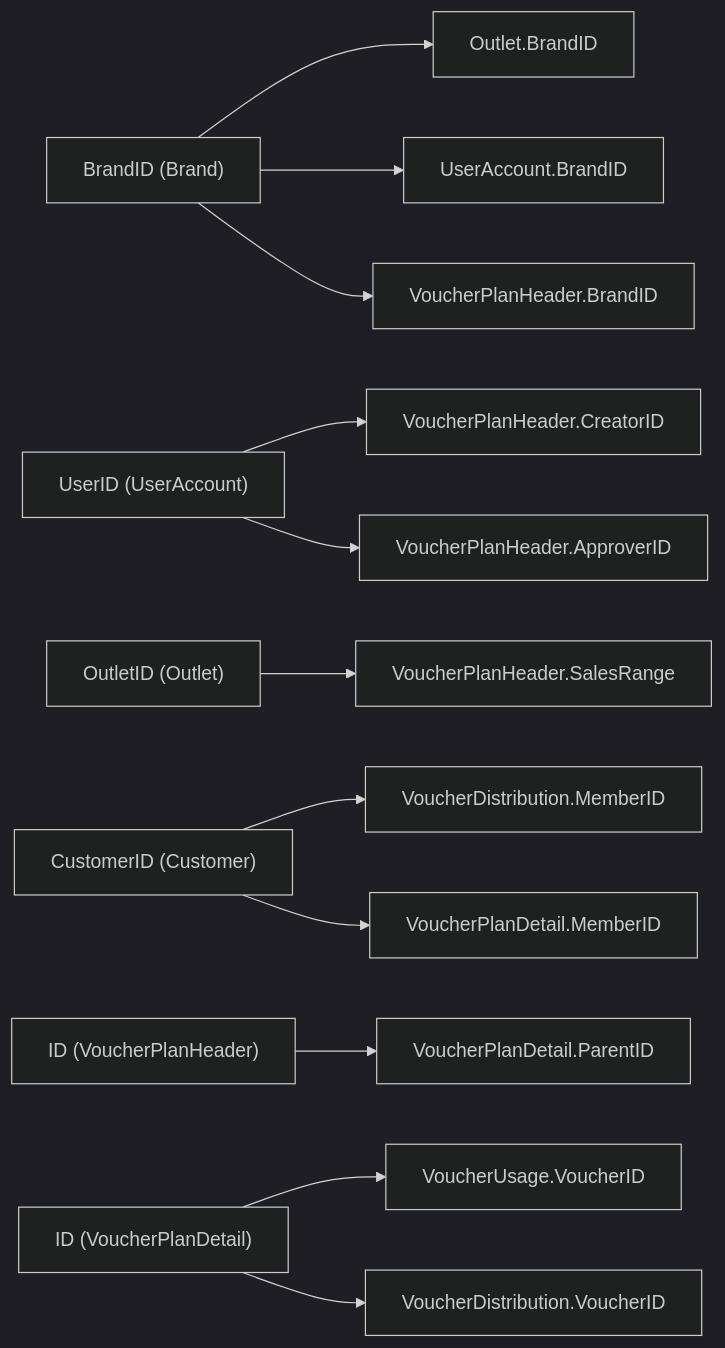
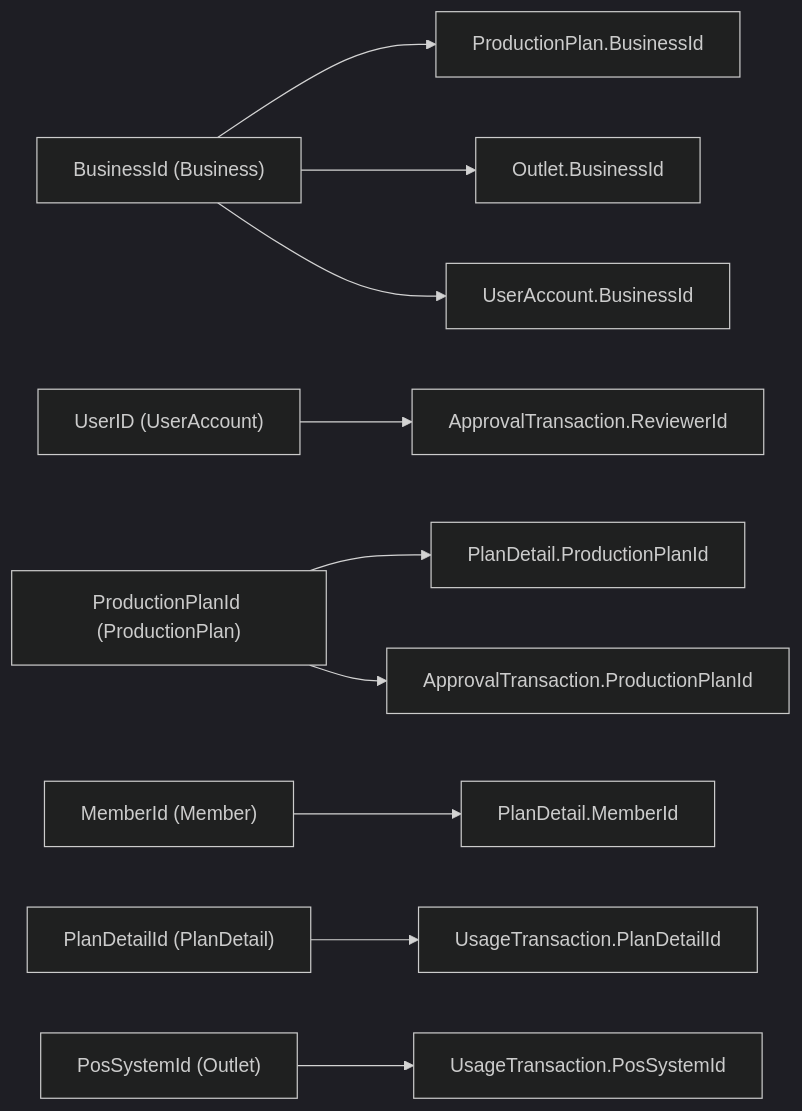
Before and after one commit to lamhongbac/NonCash: the third of 3 diagrams in .qoder/repowiki/en/content/Data Models and Database Design/Core Business Entities.md, drawn with Mermaid (dark theme). The commit also changed other lines of this file and 13 other files, not shown here.

````diff
--- a/.qoder/repowiki/en/content/Data Models and Database Design/Core Business Entities.md
+++ b/.qoder/repowiki/en/content/Data Models and Database Design/Core Business Entities.md
@@ -481,14 +669,12 @@
 ```mermaid
 graph LR
-BrandID["BrandID (Brand)"] --> OutletBrand["Outlet.BrandID"]
-BrandID --> UserAccountBrand["UserAccount.BrandID"]
-BrandID --> VoucherPlanHeaderBrand["VoucherPlanHeader.BrandID"]
-UserID["UserID (UserAccount)"] --> VoucherPlanHeaderCreator["VoucherPlanHeader.CreatorID"]
-UserID --> VoucherPlanHeaderApprover["VoucherPlanHeader.ApproverID"]
-OutletID["OutletID (Outlet)"] --> VoucherPlanHeaderSalesRange["VoucherPlanHeader.SalesRange"]
-CustomerID["CustomerID (Customer)"] --> VoucherDistributionMember["VoucherDistribution.MemberID"]
-CustomerID --> VoucherPlanDetailMember["VoucherPlanDetail.MemberID"]
-VoucherPlanHeaderID["ID (VoucherPlanHeader)"] --> VoucherPlanDetailParent["VoucherPlanDetail.ParentID"]
-VoucherPlanDetailID["ID (VoucherPlanDetail)"] --> VoucherUsageVoucher["VoucherUsage.VoucherID"]
-VoucherPlanDetailID --> VoucherDistributionVoucher["VoucherDistribution.VoucherID"]
+BusinessId["BusinessId (Business)"] --> ProductionPlanBusiness["ProductionPlan.BusinessId"]
+BusinessId --> OutletBusiness["Outlet.BusinessId"]
+BusinessId --> UserAccountBusiness["UserAccount.BusinessId"]
+UserID["UserID (UserAccount)"] --> ApprovalTransactionReviewer["ApprovalTransaction.ReviewerId"]
+ProductionPlanId["ProductionPlanId (ProductionPlan)"] --> PlanDetailProductionPlan["PlanDetail.ProductionPlanId"]
+ProductionPlanId --> ApprovalTransactionProductionPlan["ApprovalTransaction.ProductionPlanId"]
+MemberId["MemberId (Member)"] --> PlanDetailMember["PlanDetail.MemberId"]
+PlanDetailId["PlanDetailId (PlanDetail)"] --> UsageTransactionPlanDetail["UsageTransaction.PlanDetailId"]
+PosSystemId["PosSystemId (Outlet)"] --> UsageTransactionPosSystem["UsageTransaction.PosSystemId"]
 ```
````
